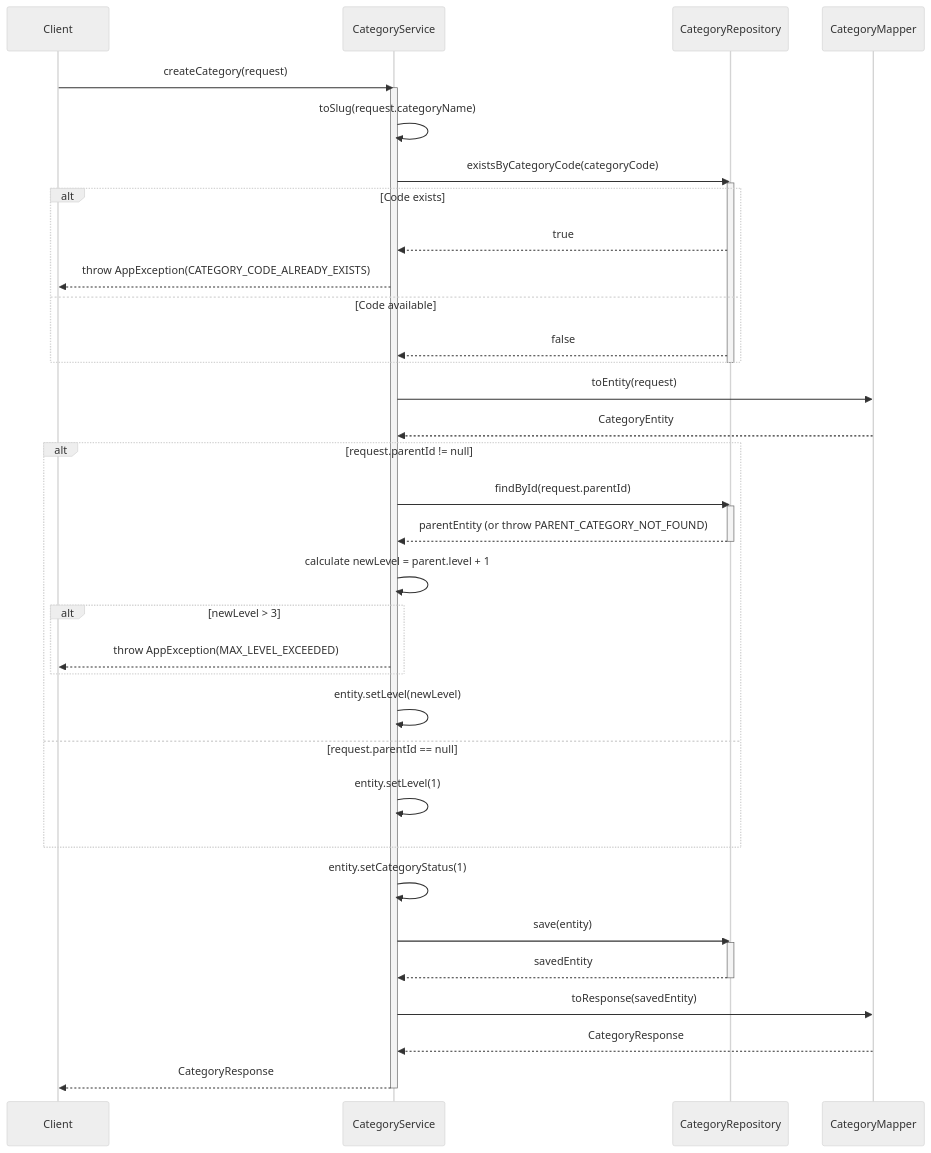
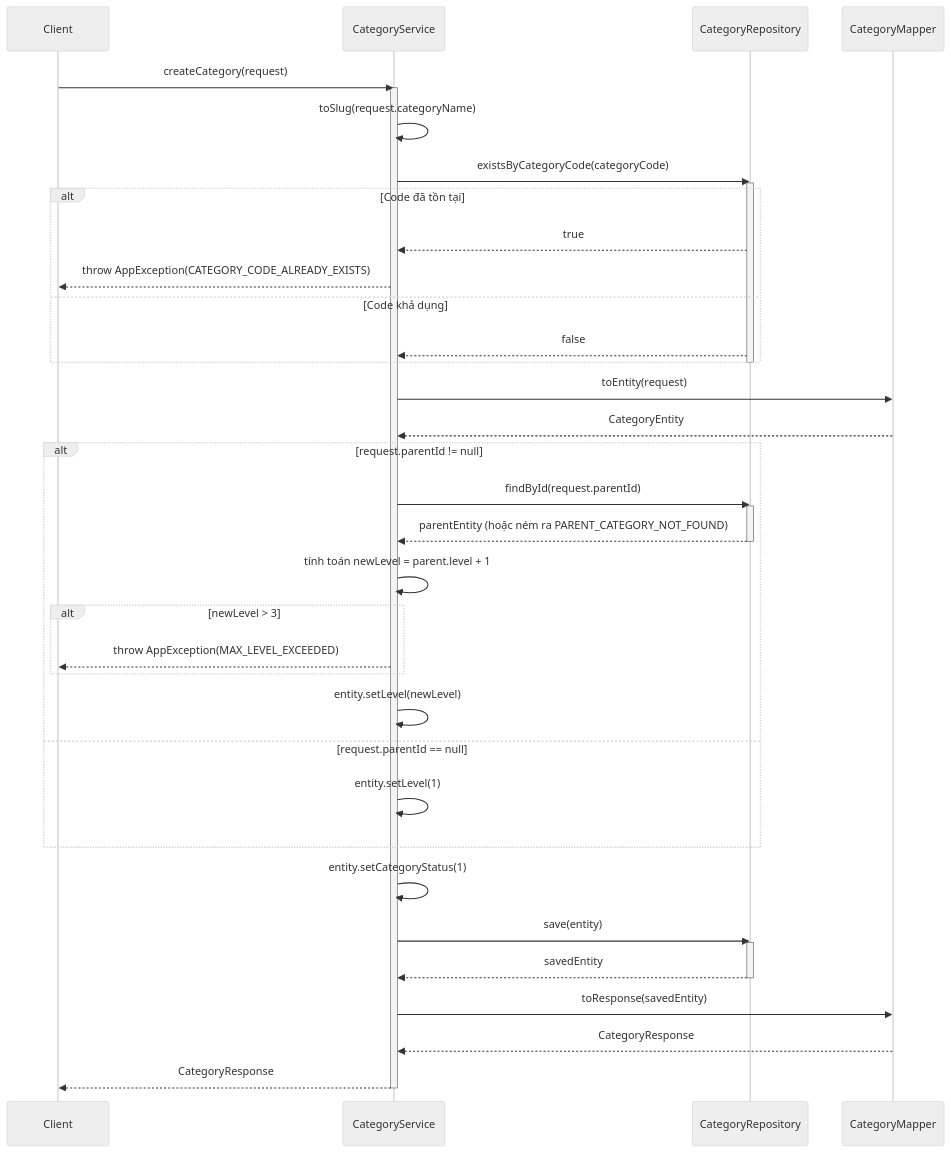
The second of 4 diagrams in .agent/sequence/category_service_sequence_diagrams.md (aquoc09/easymall), drawn with Mermaid (neutral theme) before and after one commit. The commit also changed other lines of this file and 18 other files, not shown here.

Commit message:
UPDATE: Sequence diagram vietnamese

````diff
--- a/.agent/sequence/category_service_sequence_diagrams.md
+++ b/.agent/sequence/category_service_sequence_diagrams.md
@@ -42,53 +42,53 @@
 ```mermaid
 sequenceDiagram
     participant Client
     participant CategoryService
     participant CategoryRepository
     participant CategoryMapper
 
     Client->>CategoryService: createCategory(request)
     activate CategoryService
 
     CategoryService->>CategoryService: toSlug(request.categoryName)
     
     CategoryService->>CategoryRepository: existsByCategoryCode(categoryCode)
     activate CategoryRepository
-    alt Code exists
+    alt Code đã tồn tại
         CategoryRepository-->>CategoryService: true
         CategoryService-->>Client: throw AppException(CATEGORY_CODE_ALREADY_EXISTS)
-    else Code available
+    else Code khả dụng
         CategoryRepository-->>CategoryService: false
     end
     deactivate CategoryRepository
 
     CategoryService->>CategoryMapper: toEntity(request)
     CategoryMapper-->>CategoryService: CategoryEntity
 
     alt request.parentId != null
         CategoryService->>CategoryRepository: findById(request.parentId)
         activate CategoryRepository
-        CategoryRepository-->>CategoryService: parentEntity (or throw PARENT_CATEGORY_NOT_FOUND)
+        CategoryRepository-->>CategoryService: parentEntity (hoặc ném ra PARENT_CATEGORY_NOT_FOUND)
         deactivate CategoryRepository
         
-        CategoryService->>CategoryService: calculate newLevel = parent.level + 1
+        CategoryService->>CategoryService: tính toán newLevel = parent.level + 1
         alt newLevel > 3
             CategoryService-->>Client: throw AppException(MAX_LEVEL_EXCEEDED)
         end
         CategoryService->>CategoryService: entity.setLevel(newLevel)
     else request.parentId == null
         CategoryService->>CategoryService: entity.setLevel(1)
     end
 
     CategoryService->>CategoryService: entity.setCategoryStatus(1)
 
     CategoryService->>CategoryRepository: save(entity)
     activate CategoryRepository
     CategoryRepository-->>CategoryService: savedEntity
     deactivate CategoryRepository
     
     CategoryService->>CategoryMapper: toResponse(savedEntity)
     CategoryMapper-->>CategoryService: CategoryResponse
 
     CategoryService-->>Client: CategoryResponse
     deactivate CategoryService
 ```
````
